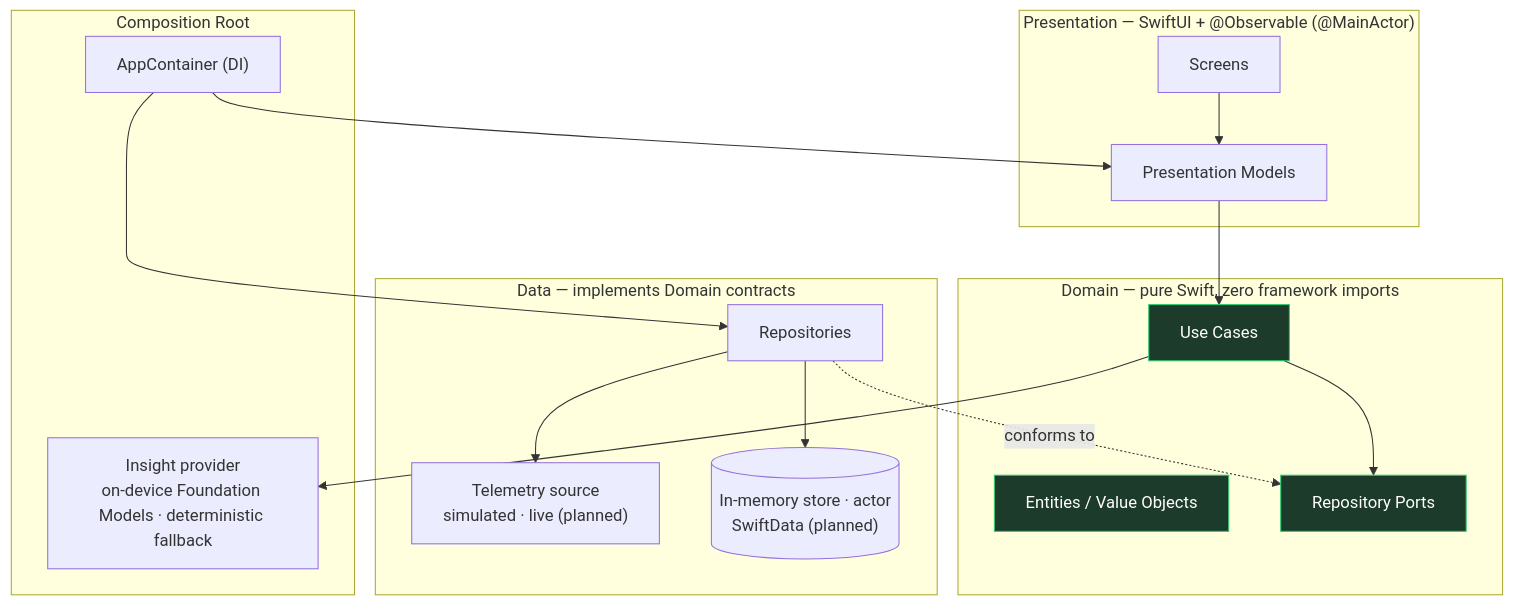
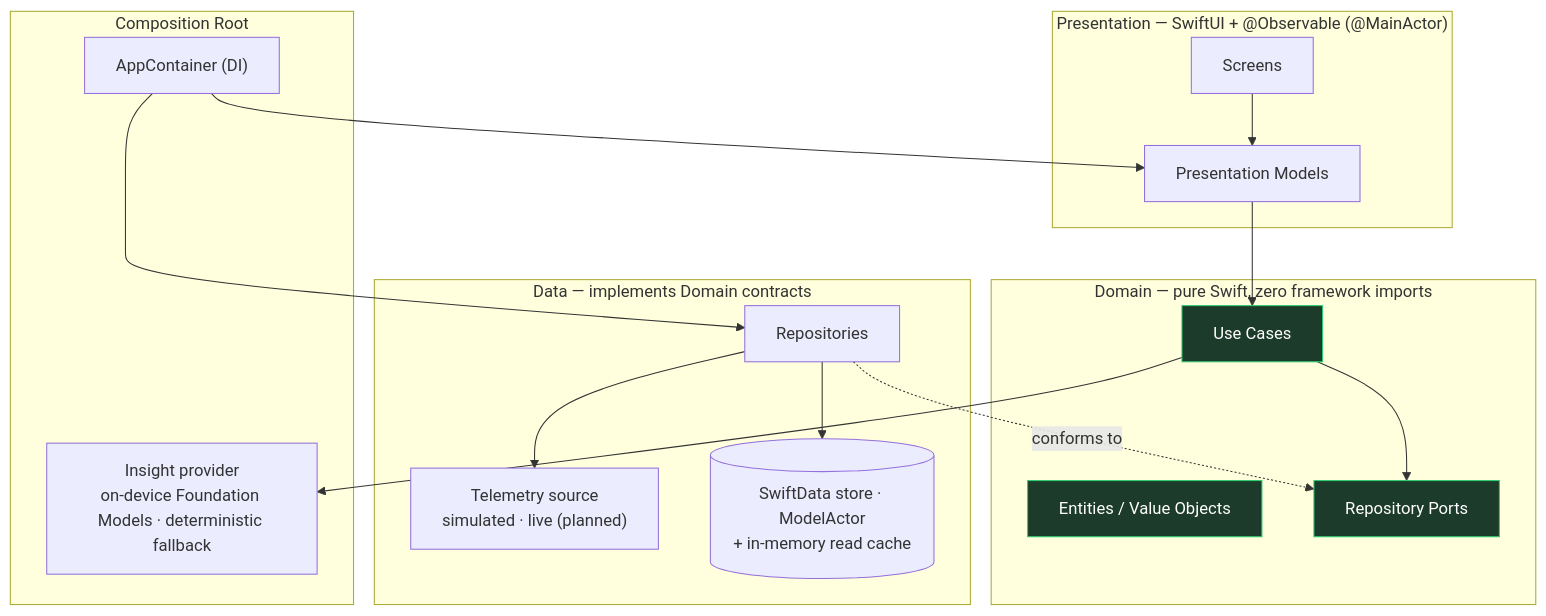
The first of 2 diagrams in README.md (donatogomez/signal-flow), drawn with Mermaid before and after one commit. The commit also changed other lines of this file and 25 other files, not shown here.

First line of the commit message:
Implement SwiftData persistence (#9)

````diff
--- a/README.md
+++ b/README.md
@@ -79,33 +80,33 @@
 ```mermaid
 flowchart TB
     subgraph Presentation["Presentation — SwiftUI + @Observable (@MainActor)"]
         V[Screens]
         PM[Presentation Models]
     end
     subgraph Domain["Domain — pure Swift, zero framework imports"]
         UC[Use Cases]
         E[Entities / Value Objects]
         RP[Repository Ports]
     end
     subgraph Data["Data — implements Domain contracts"]
         REPO[Repositories]
         GW["Telemetry source<br/>simulated · live (planned)"]
-        STORE[("In-memory store · actor<br/>SwiftData (planned)")]
+        STORE[("SwiftData store · ModelActor<br/>+ in-memory read cache")]
     end
     subgraph Platform["Composition Root"]
         DI["AppContainer (DI)"]
         FM["Insight provider<br/>on-device Foundation Models · deterministic fallback"]
     end
 
     V --> PM --> UC
     UC --> RP
     REPO -. conforms to .-> RP
     REPO --> GW
     REPO --> STORE
     DI --> REPO
     DI --> PM
     UC --> FM
 
     classDef domain fill:#1d3b2a,stroke:#2ecc71,color:#fff;
     class UC,E,RP domain;
 ```
````
